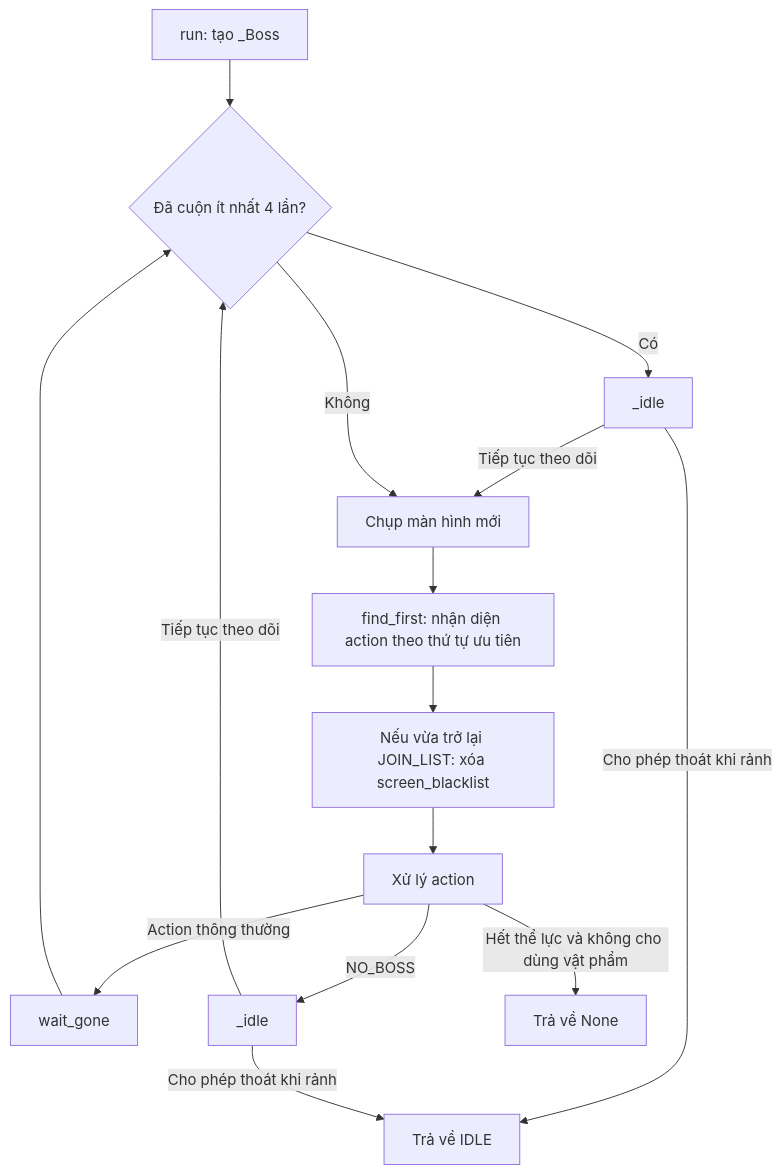
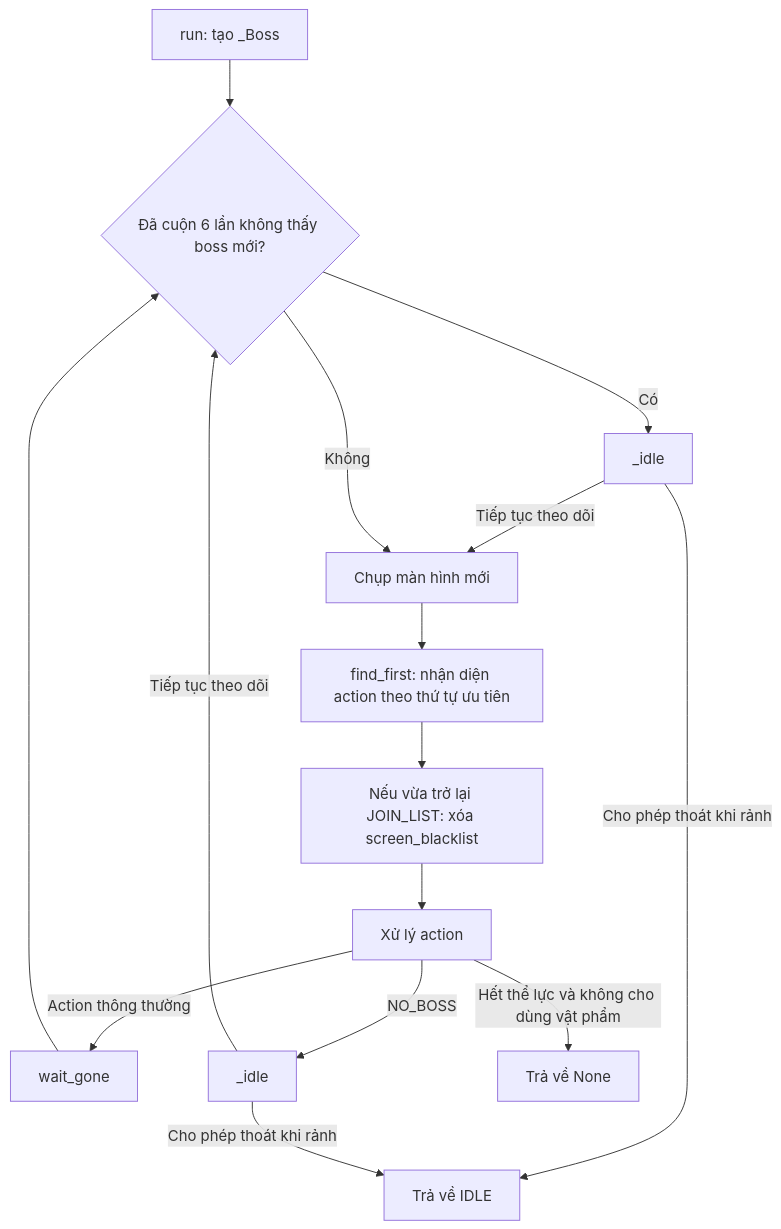
Before and after one commit to Hoangkz/EvonyBot: the first of 2 diagrams in bot/activities/join_monster_war/FLOW.md, drawn with Mermaid. The commit also changed other lines of this file and 126 other files, not shown here.

````diff
--- a/bot/activities/join_monster_war/FLOW.md
+++ b/bot/activities/join_monster_war/FLOW.md
@@ -25,17 +25,17 @@
 ```mermaid
 flowchart TD
-    A[run: tạo _Boss] --> B{Đã cuộn ít nhất 4 lần?}
+    A[run: tạo _Boss] --> B{Đã cuộn 6 lần không thấy boss mới?}
     B -->|Có| C[_idle]
     C -->|Cho phép thoát khi rảnh| R[Trả về IDLE]
     C -->|Tiếp tục theo dõi| D[Chụp màn hình mới]
     B -->|Không| D
     D --> E[find_first: nhận diện action theo thứ tự ưu tiên]
     E --> F[Nếu vừa trở lại JOIN_LIST: xóa screen_blacklist]
     F --> G[Xử lý action]
     G -->|Action thông thường| H[wait_gone]
     H --> B
     G -->|NO_BOSS| I[_idle]
     I -->|Cho phép thoát khi rảnh| R
     I -->|Tiếp tục theo dõi| B
     G -->|Hết thể lực và không cho dùng vật phẩm| S[Trả về None]
 ```
````
